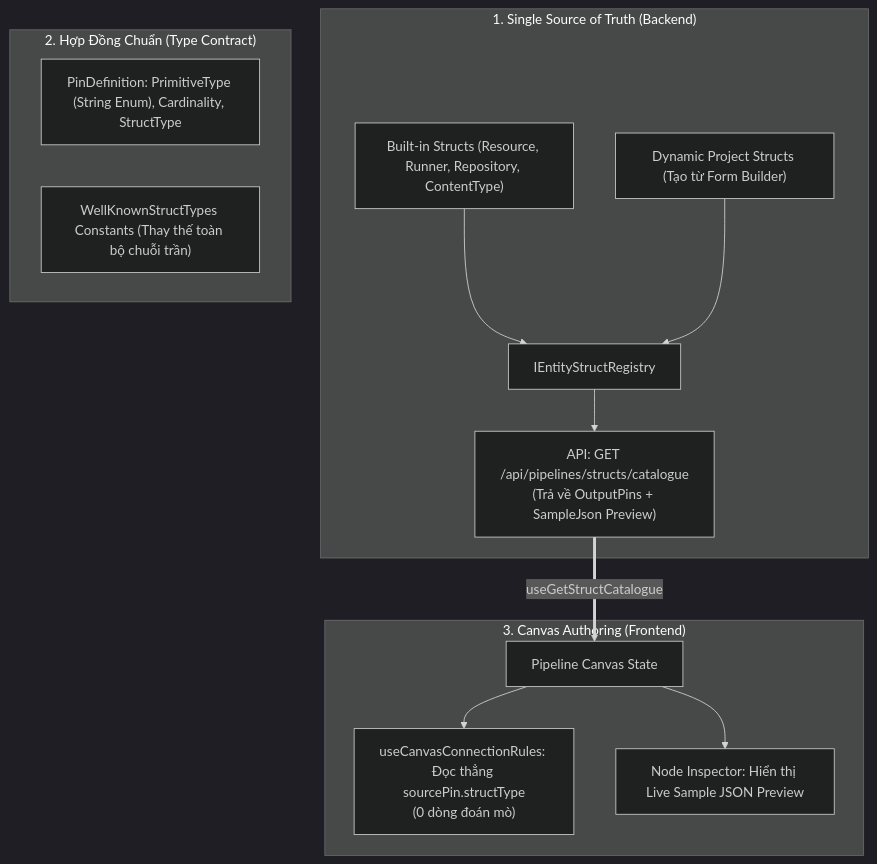
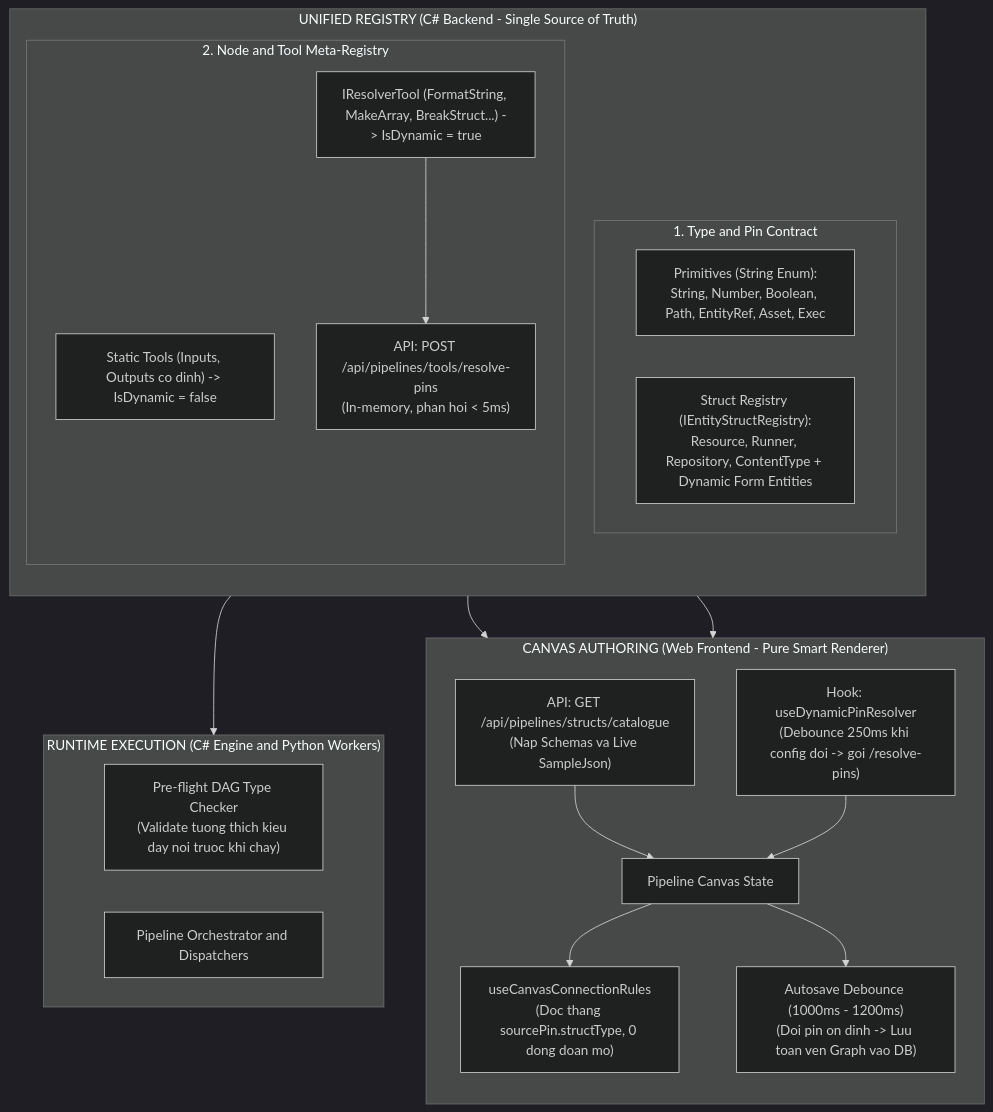
The diagram in .agents/plans/2026-10-22-refactor-pipeline-build-time-type-contract-and-struct-registry.md (Limito9x/forgity-studio), drawn with Mermaid (dark theme) before and after one commit. The commit also changed other lines of this file and 18 other files, not shown here.

Commit message:
refactor: implement pipeline struct registry and dynamic struct tools for build-time type contracts - 90% phase 1

````diff
--- a/.agents/plans/2026-10-22-refactor-pipeline-build-time-type-contract-and-struct-registry.md
+++ b/.agents/plans/2026-10-22-refactor-pipeline-build-time-type-contract-and-struct-registry.md
@@ -26,20 +33,37 @@
 ```mermaid
 flowchart TD
-    subgraph SSoT ["1. Single Source of Truth (Backend)"]
-        B1["Built-in Structs (Resource, Runner, Repository, ContentType)"]
-        B2["Dynamic Project Structs (Tạo từ Form Builder)"]
-        B1 & B2 --> REG["IEntityStructRegistry"]
-        REG --> CAT["API: GET /api/pipelines/structs/catalogue\n(Trả về OutputPins + SampleJson Preview)"]
+    subgraph CoreRegistry ["UNIFIED REGISTRY (C# Backend - Single Source of Truth)"]
+        direction TB
+        subgraph TypeSystem ["1. Type and Pin Contract"]
+            PRIMS["Primitives (String Enum):\nString, Number, Boolean, Path, EntityRef, Asset, Exec"]
+            STRUCTS["Struct Registry (IEntityStructRegistry):\nResource, Runner, Repository, ContentType + Dynamic Form Entities"]
+        end
+
+        subgraph ToolRegistry ["2. Node and Tool Meta-Registry"]
+            STATIC["Static Tools (Inputs, Outputs co dinh) -> IsDynamic = false"]
+            DYNAMIC["IResolverTool (FormatString, MakeArray, BreakStruct...) -> IsDynamic = true"]
+            DYNAMIC --> RESOLVE_API["API: POST /api/pipelines/tools/resolve-pins\n(In-memory, phan hoi < 5ms)"]
+        end
     end
 
-    subgraph Contract ["2. Hợp Đồng Chuẩn (Type Contract)"]
-        P1["PinDefinition: PrimitiveType (String Enum), Cardinality, StructType"]
-        P2["WellKnownStructTypes Constants (Thay thế toàn bộ chuỗi trần)"]
+    subgraph WebCanvas ["CANVAS AUTHORING (Web Frontend - Pure Smart Renderer)"]
+        direction TB
+        CATALOGUE["API: GET /api/pipelines/structs/catalogue\n(Nap Schemas va Live SampleJson)"]
+        RESOLVE_HOOK["Hook: useDynamicPinResolver\n(Debounce 250ms khi config doi -> goi /resolve-pins)"]
+        
+        CATALOGUE --> CANVAS_STATE["Pipeline Canvas State"]
+        RESOLVE_API --> RESOLVE_HOOK
+        RESOLVE_HOOK --> CANVAS_STATE
+        
+        CANVAS_STATE --> CONNECTION["useCanvasConnectionRules\n(Doc thang sourcePin.structType, 0 dong doan mo)"]
+        CANVAS_STATE --> AUTOSAVE["Autosave Debounce (1000ms - 1200ms)\n(Doi pin on dinh -> Luu toan ven Graph vao DB)"]
     end
 
-    subgraph Canvas ["3. Canvas Authoring (Frontend)"]
-        CAT ==>|useGetStructCatalogue| HOOK["Pipeline Canvas State"]
-        HOOK --> WIRE["useCanvasConnectionRules: Đọc thẳng sourcePin.structType\n(0 dòng đoán mò)"]
-        HOOK --> PREVIEW["Node Inspector: Hiển thị Live Sample JSON Preview"]
+    subgraph RuntimeEngine ["RUNTIME EXECUTION (C# Engine and Python Workers)"]
+        PREFLIGHT["Pre-flight DAG Type Checker\n(Validate tuong thich kieu day noi truoc khi chay)"]
+        ORCHESTRATOR["Pipeline Orchestrator and Dispatchers"]
     end
+
+    CoreRegistry --> WebCanvas
+    CoreRegistry --> RuntimeEngine
 ```
````
